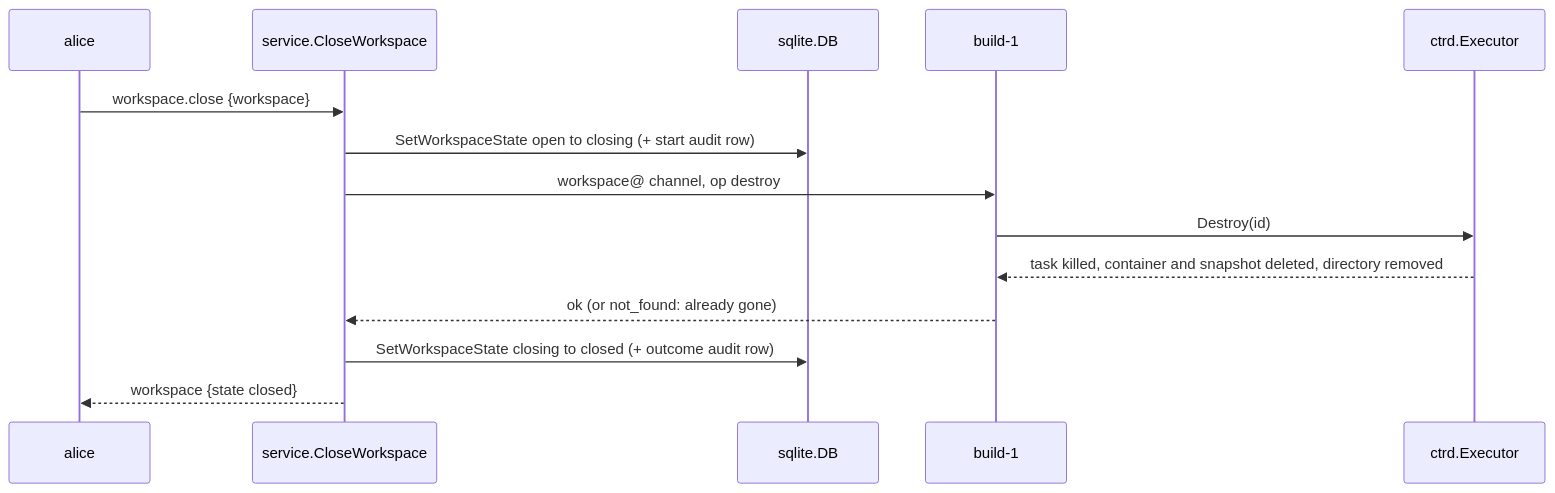
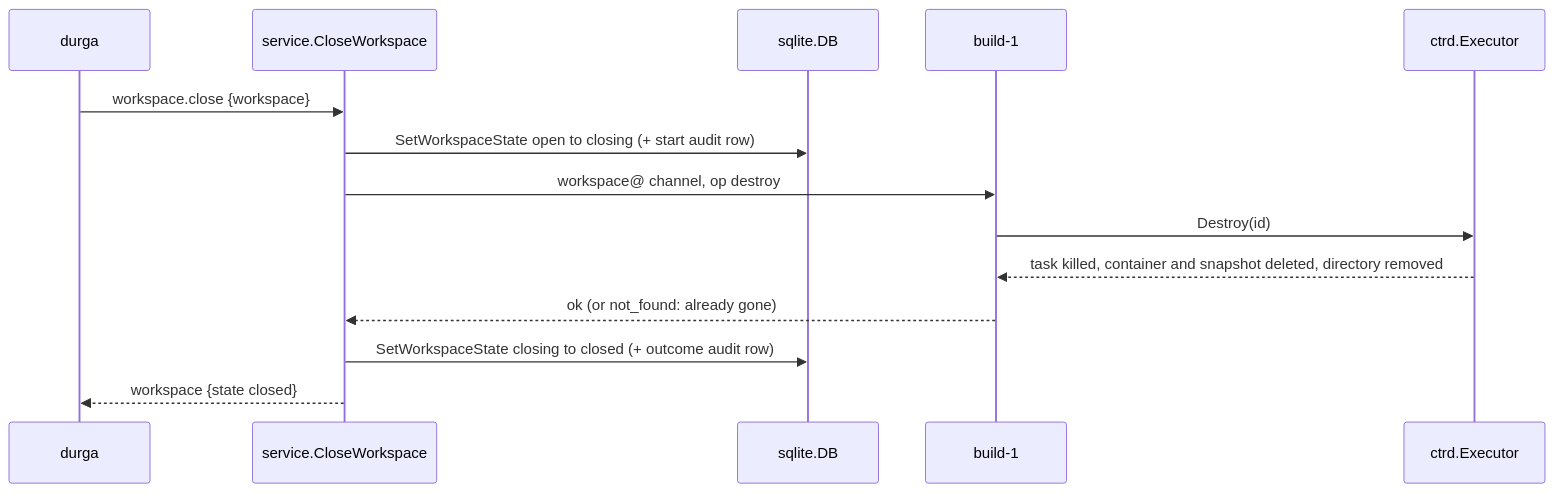
One commit to mirastacklabs-ai/mirafleet changed diagram 24 of 29 in docs/guide/04-flows.md. Above: the diagram before and after it, drawn with Mermaid. The commit also changed other lines of this file and 7 other files, not shown here.

````diff
--- a/docs/guide/04-flows.md
+++ b/docs/guide/04-flows.md
@@ -1485,17 +1485,17 @@
 ```mermaid
 sequenceDiagram
-  participant Op as alice
+  participant Op as durga
   participant Svc as service.CloseWorkspace
   participant DB as sqlite.DB
   participant Run as build-1
   participant Ex as ctrd.Executor
 
   Op->>Svc: workspace.close {workspace}
   Svc->>DB: SetWorkspaceState open to closing (+ start audit row)
   Svc->>Run: workspace@ channel, op destroy
   Run->>Ex: Destroy(id)
   Ex-->>Run: task killed, container and snapshot deleted, directory removed
   Run-->>Svc: ok (or not_found: already gone)
   Svc->>DB: SetWorkspaceState closing to closed (+ outcome audit row)
   Svc-->>Op: workspace {state closed}
 ```
````
